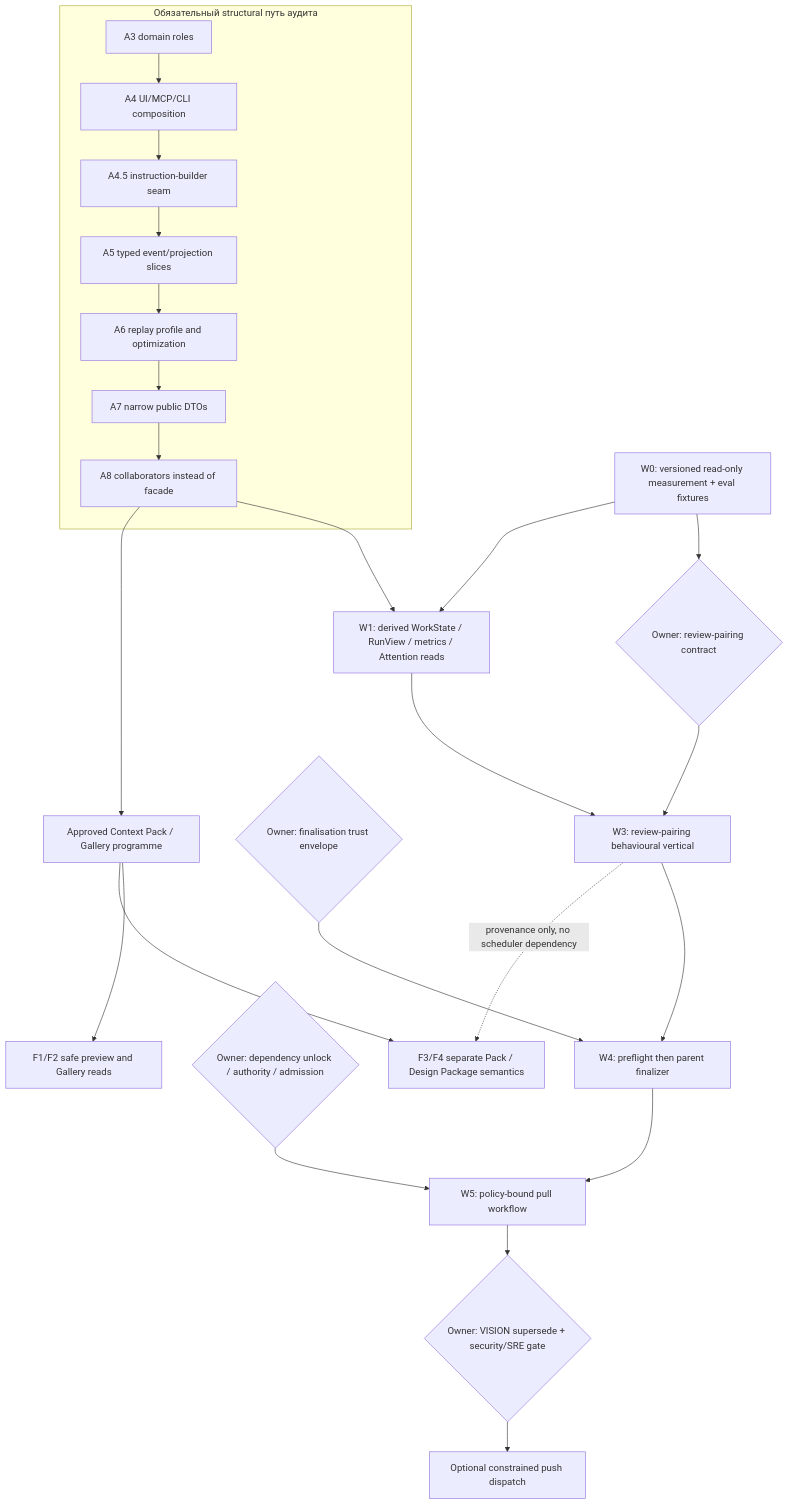
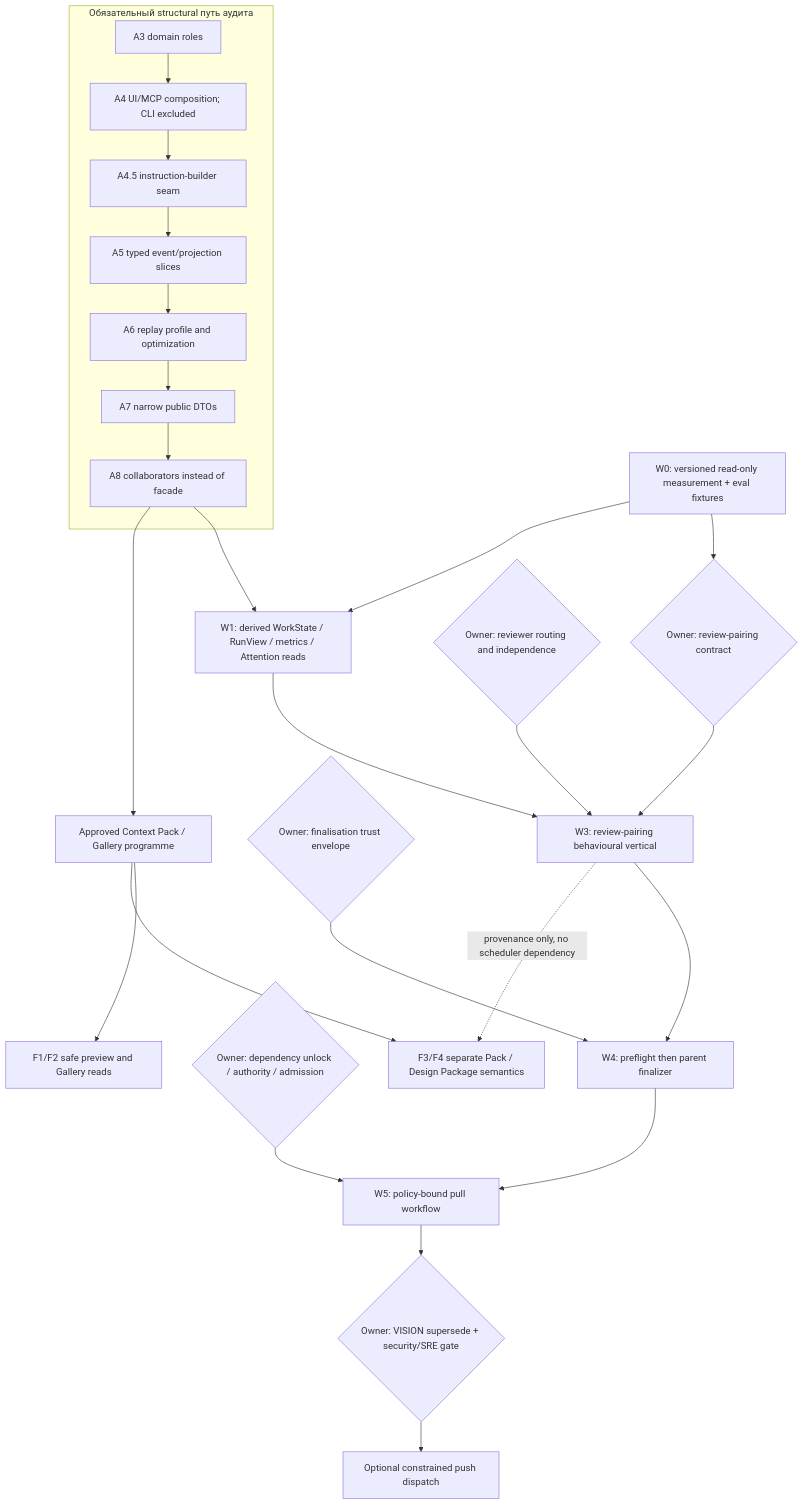
Before and after one commit to BejeweledMe/agent-commons: the diagram in docs/architecture-improvement-implementation-plan.md, drawn with Mermaid. The commit also changed other lines of this file and 1 other file, not shown here.

First line of the commit message:
Correct Architecture Plan Review Findings

````diff
--- a/docs/architecture-improvement-implementation-plan.md
+++ b/docs/architecture-improvement-implementation-plan.md
@@ -106,29 +109,30 @@
 ```mermaid
 flowchart TD
   subgraph R[Обязательный structural путь аудита]
-    A3[A3 domain roles] --> A4[A4 UI/MCP/CLI composition]
+    A3[A3 domain roles] --> A4[A4 UI/MCP composition; CLI excluded]
     A4 --> A45[A4.5 instruction-builder seam]
     A45 --> A5[A5 typed event/projection slices]
     A5 --> A6[A6 replay profile and optimization]
     A6 --> A7[A7 narrow public DTOs]
     A7 --> A8[A8 collaborators instead of facade]
   end
 
   M0[W0: versioned read-only measurement + eval fixtures] --> D1{Owner: review-pairing contract}
   A8 --> W1[W1: derived WorkState / RunView / metrics / Attention reads]
   M0 --> W1
   D1 --> W3[W3: review-pairing behavioural vertical]
+  D2{Owner: reviewer routing and independence} --> W3
   W1 --> W3
 
-  D2{Owner: finalisation trust envelope} --> W4[W4: preflight then parent finalizer]
+  D3{Owner: finalisation trust envelope} --> W4[W4: preflight then parent finalizer]
   W3 --> W4
-  D3{Owner: dependency unlock / authority / admission} --> W5[W5: policy-bound pull workflow]
+  D4{Owner: dependency unlock / authority / admission} --> W5[W5: policy-bound pull workflow]
   W4 --> W5
-  D4{Owner: VISION supersede + security/SRE gate} --> Push[Optional constrained push dispatch]
-  W5 --> D4
+  D9{Owner: VISION supersede + security/SRE gate} --> Push[Optional constrained push dispatch]
+  W5 --> D9
 
   A8 --> P1[Approved Context Pack / Gallery programme]
   P1 --> P2[F1/F2 safe preview and Gallery reads]
   P1 --> P3[F3/F4 separate Pack / Design Package semantics]
   W3 -. provenance only, no scheduler dependency .-> P3
 ```
````
